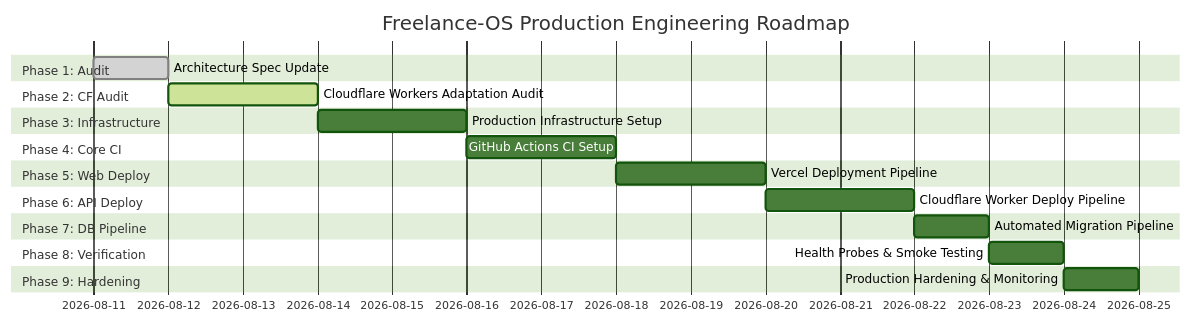
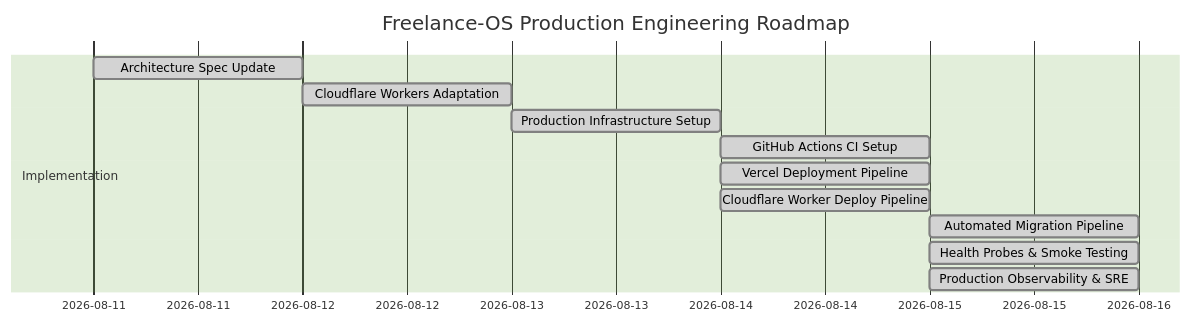
Before and after one commit to nishanthere10/Freelancy: the fourth of 4 diagrams in docs/07-development/ci-cd-architecture.md, drawn with Mermaid (forest theme). The commit also changed 37 other files, not shown here.

````diff
--- a/docs/07-development/ci-cd-architecture.md
+++ b/docs/07-development/ci-cd-architecture.md
@@ -262,23 +262,15 @@
 ```mermaid
 gantt
     title Freelance-OS Production Engineering Roadmap
     dateFormat  YYYY-MM-DD
-    section Phase 1: Audit
+    section Implementation
     Architecture Spec Update          :done,    p1, 2026-08-11, 1d
-    section Phase 2: CF Audit
-    Cloudflare Workers Adaptation Audit:active,  p2, 2026-08-12, 2d
-    section Phase 3: Infrastructure
-    Production Infrastructure Setup   :         p3, after p2, 2d
-    section Phase 4: Core CI
-    GitHub Actions CI Setup           :         p4, after p3, 2d
-    section Phase 5: Web Deploy
-    Vercel Deployment Pipeline        :         p5, after p4, 2d
-    section Phase 6: API Deploy
-    Cloudflare Worker Deploy Pipeline :         p6, after p5, 2d
-    section Phase 7: DB Pipeline
-    Automated Migration Pipeline     :         p7, after p6, 1d
-    section Phase 8: Verification
-    Health Probes & Smoke Testing     :         p8, after p7, 1d
-    section Phase 9: Hardening
-    Production Hardening & Monitoring  :         p9, after p8, 1d
+    Cloudflare Workers Adaptation     :done,    p2, 2026-08-12, 1d
+    Production Infrastructure Setup   :done,    p3, 2026-08-13, 1d
+    GitHub Actions CI Setup           :done,    p4, 2026-08-14, 1d
+    Vercel Deployment Pipeline        :done,    p5, 2026-08-14, 1d
+    Cloudflare Worker Deploy Pipeline :done,    p6, 2026-08-14, 1d
+    Automated Migration Pipeline     :done,    p7, 2026-08-15, 1d
+    Health Probes & Smoke Testing     :done,    p8, 2026-08-15, 1d
+    Production Observability & SRE    :done,    p9, 2026-08-15, 1d
 ```
````
